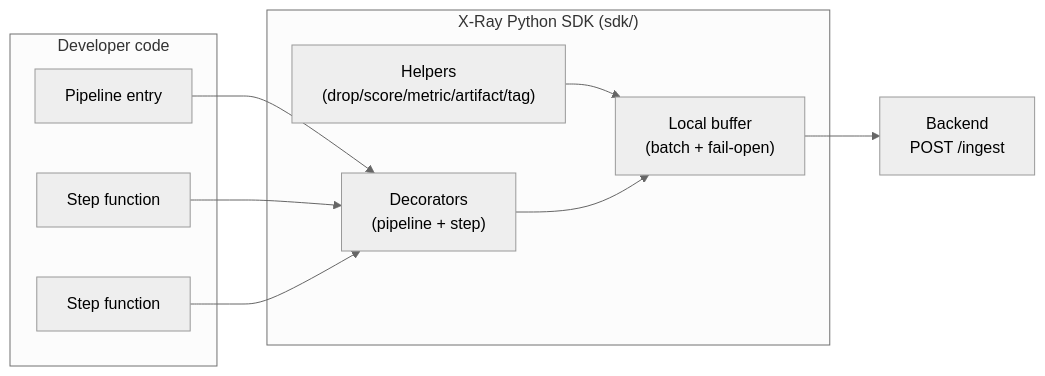
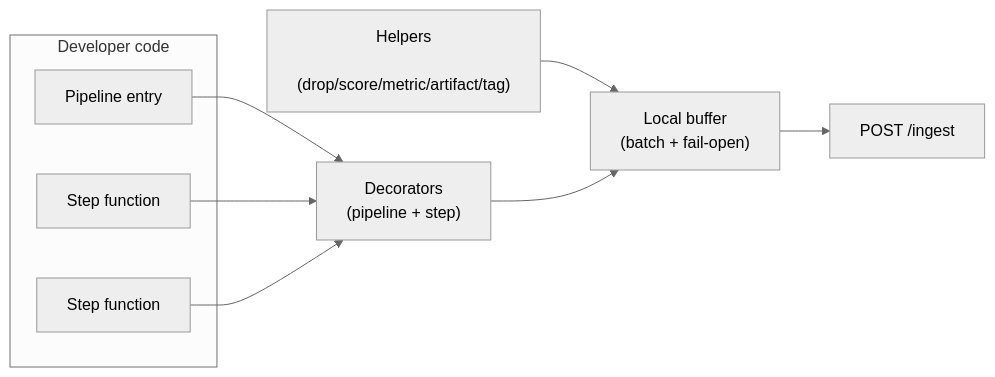
Before and after one commit to DeepakSilaych/ZenRay: the first of 2 diagrams in ARCHITECTURE.md, drawn with Mermaid (neutral theme). The commit also changed other lines of this file, not shown here.

````diff
--- a/ARCHITECTURE.md
+++ b/ARCHITECTURE.md
@@ -9,22 +9,23 @@
 ```mermaid
 flowchart LR
   subgraph App["Developer code"]
     P["Pipeline entry"]
     S1["Step function"]
     S2["Step function"]
   end
 
-  subgraph SDK["X-Ray Python SDK (sdk/)"]
-    D["Decorators\n(pipeline + step)"]
-    H["Helpers\n(drop/score/metric/artifact/tag)"]
-    Q["Local buffer\n(batch + fail-open)"]
-  end
+    D["Decorators
+    (pipeline + step)"]
+    H["Helpers
+    (drop/score/metric/artifact/tag)"]
+    Q["Local buffer
+    (batch + fail-open)"]
 
-  I["Backend\nPOST /ingest"]
+  I["POST /ingest"]
 
   P --> D
   S1 --> D
   S2 --> D
   H --> Q
   D --> Q --> I
 ```
````
